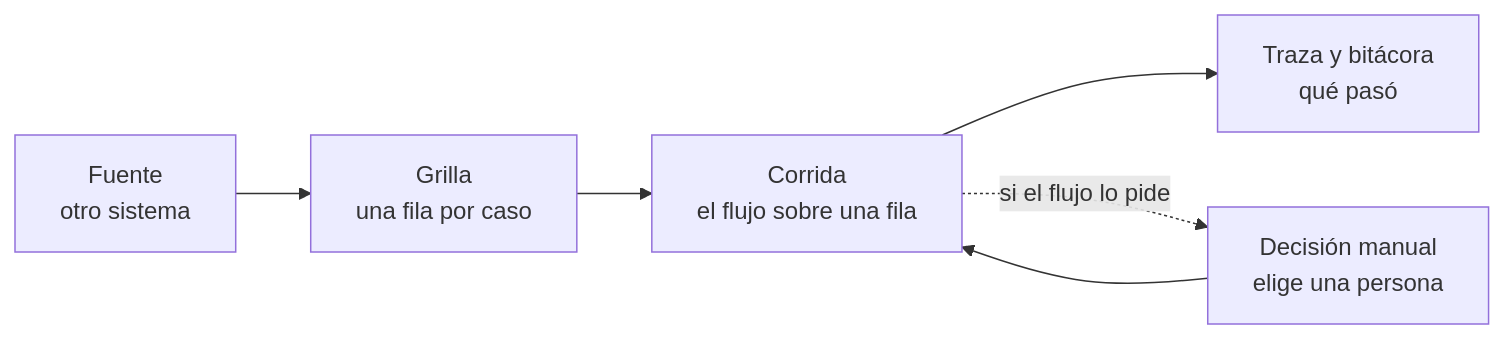
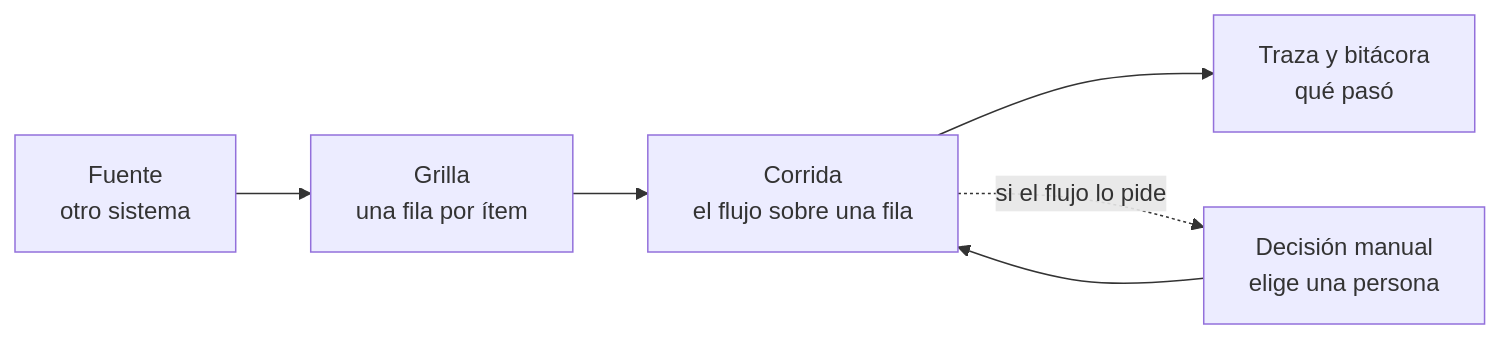
The second of 4 diagrams in docs/descripcion/que-es-workflow-bot-app.md (EasyIndustry/workflow-bot-app), drawn with Mermaid before and after one commit. The commit also changed other lines of this file and 2 other files, not shown here.

First line of the commit message:
La descripción dice «ítem» donde decía «caso»

````diff
--- a/docs/descripcion/que-es-workflow-bot-app.md
+++ b/docs/descripcion/que-es-workflow-bot-app.md
@@ -72,9 +72,9 @@
 ```mermaid
 %% nombre: como-funciona
 flowchart LR
-    S["Fuente<br/>otro sistema"] --> G["Grilla<br/>una fila por caso"]
+    S["Fuente<br/>otro sistema"] --> G["Grilla<br/>una fila por ítem"]
     G --> R["Corrida<br/>el flujo sobre una fila"]
     R --> T["Traza y bitácora<br/>qué pasó"]
     R -. si el flujo lo pide .-> D["Decisión manual<br/>elige una persona"]
     D --> R
 ```
````
